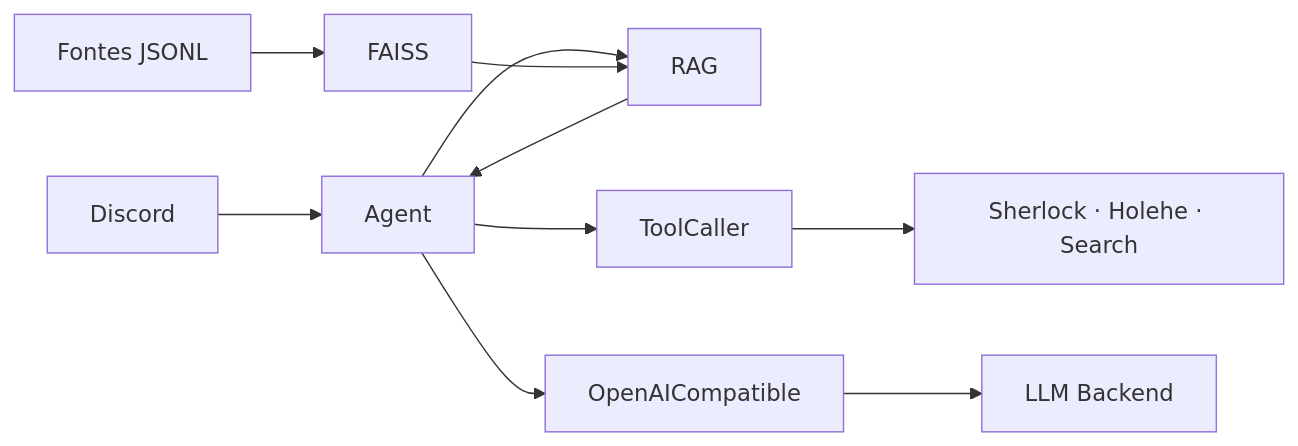
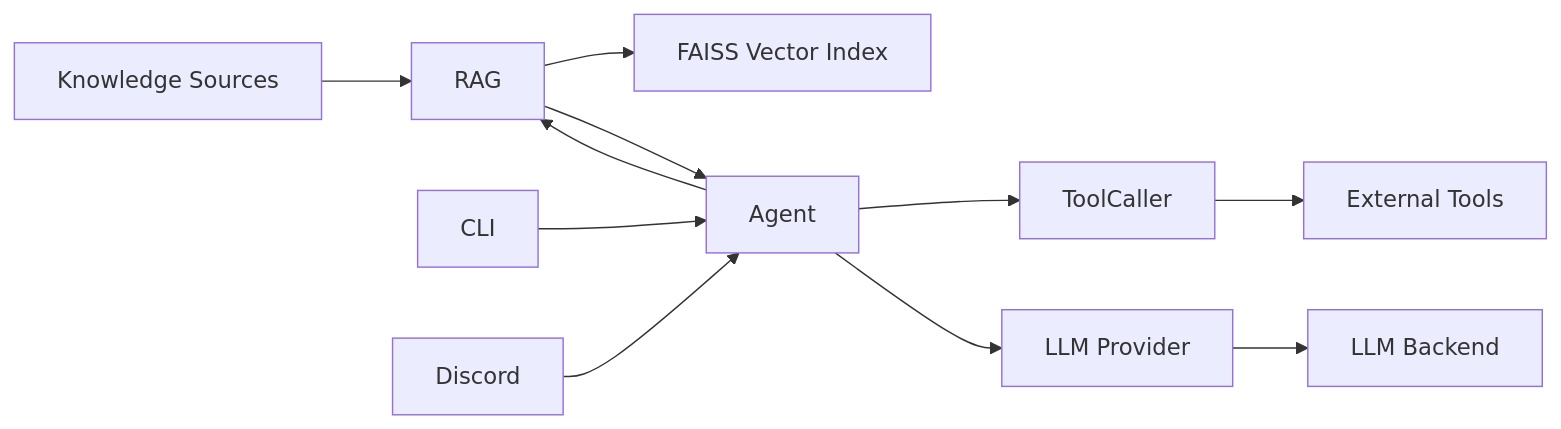
Before and after one commit to quixaba-dev/DataBot: the diagram in README.md, drawn with Mermaid. The commit also changed other lines of this file, not shown here.

Commit message:
refactor: update README to enhance clarity on agent capabilities and features

````diff
--- a/README.md
+++ b/README.md
@@ -44,12 +47,17 @@
 ```mermaid
 flowchart LR
-    Discord[Discord] --> Agent[Agent]
-    Agent --> RAG[RAG]
-    Sources[Fontes JSONL] --> FAISS[FAISS]
-    FAISS --> RAG
+    Sources[Knowledge Sources] --> RAG[RAG]
+    RAG --> FAISS[FAISS Vector Index]
+
+    CLI[CLI] --> Agent[Agent]
+    Discord[Discord] --> Agent
+
+    Agent --> RAG
     RAG --> Agent
+
     Agent --> Caller[ToolCaller]
-    Caller --> Tools[Sherlock · Holehe · Search]
-    Agent --> Provider[OpenAICompatible]
+    Caller --> Tools[External Tools]
+
+    Agent --> Provider[LLM Provider]
     Provider --> Backend[LLM Backend]
 ```
````
